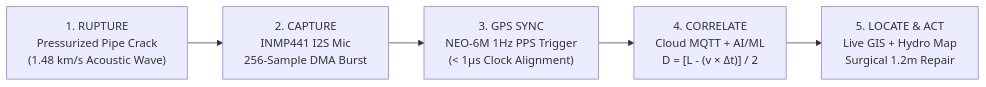
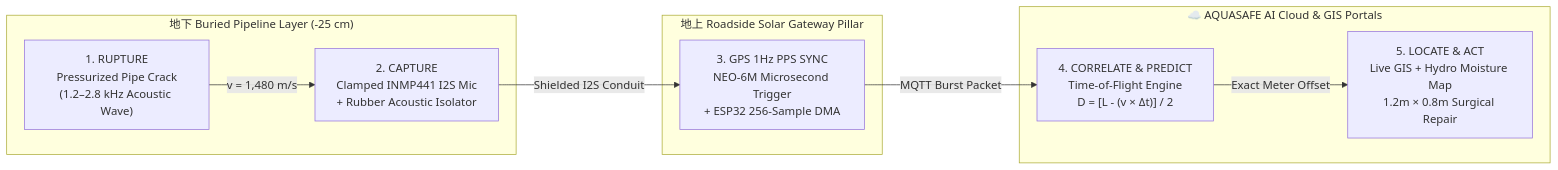
The diagram in README.md (abhi23gaur07/AQUA-SAVIOUR), drawn with Mermaid before and after one commit. The commit also changed other lines of this file and 8 other files, not shown here.

````diff
--- a/README.md
+++ b/README.md
@@ -93,7 +140,21 @@
 ```mermaid
 flowchart LR
-    A["1. RUPTURE\nPressurized Pipe Crack\n(1.48 km/s Acoustic Wave)"] --> B["2. CAPTURE\nINMP441 I2S Mic\n256-Sample DMA Burst"]
-    B --> C["3. GPS SYNC\nNEO-6M 1Hz PPS Trigger\n(< 1µs Clock Alignment)"]
-    C --> D["4. CORRELATE\nCloud MQTT + AI/ML\nD = [L - (v × Δt)] / 2"]
-    D --> E["5. LOCATE & ACT\nLive GIS + Hydro Map\nSurgical 1.2m Repair"]
+    subgraph UNDERGROUND["地下 Buried Pipeline Layer (-25 cm)"]
+        R["1. RUPTURE\nPressurized Pipe Crack\n(1.2–2.8 kHz Acoustic Wave)"]
+        M["2. CAPTURE\nClamped INMP441 I2S Mic\n+ Rubber Acoustic Isolator"]
+    end
+
+    subgraph SURFACE["地上 Roadside Solar Gateway Pillar"]
+        G["3. GPS 1Hz PPS SYNC\nNEO-6M Microsecond Trigger\n+ ESP32 256-Sample DMA"]
+    end
+
+    subgraph CLOUD["☁️ AQUASAFE AI Cloud & GIS Portals"]
+        C["4. CORRELATE & PREDICT\nTime-of-Flight Engine\nD = [L - (v × Δt)] / 2"]
+        A["5. LOCATE & ACT\nLive GIS + Hydro Moisture Map\n1.2m × 0.8m Surgical Repair"]
+    end
+
+    R -->|"v = 1,480 m/s"| M
+    M -->|"Shielded I2S Conduit"| G
+    G -->|"MQTT Burst Packet"| C
+    C -->|"Exact Meter Offset"| A
 ```
````
